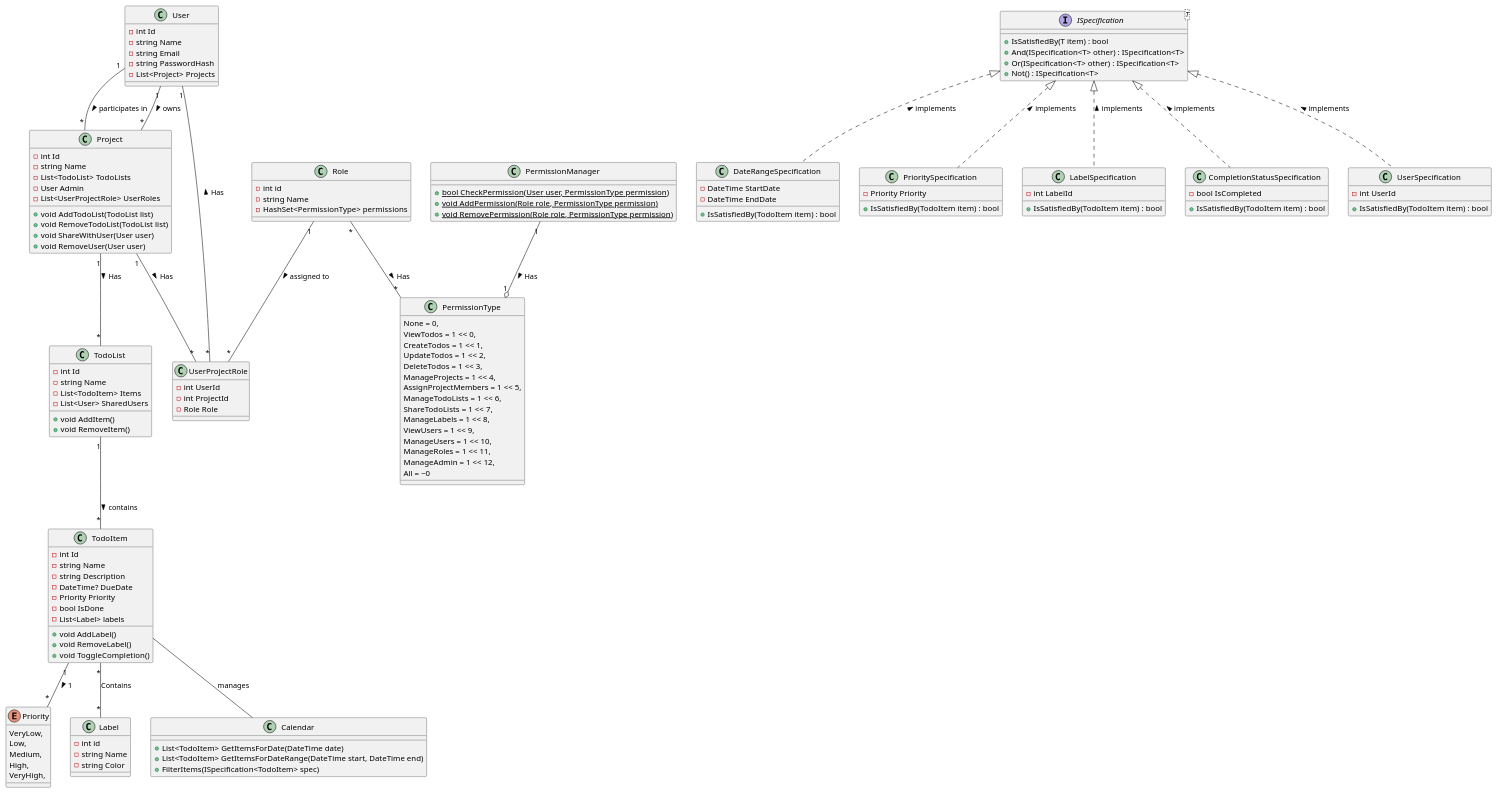
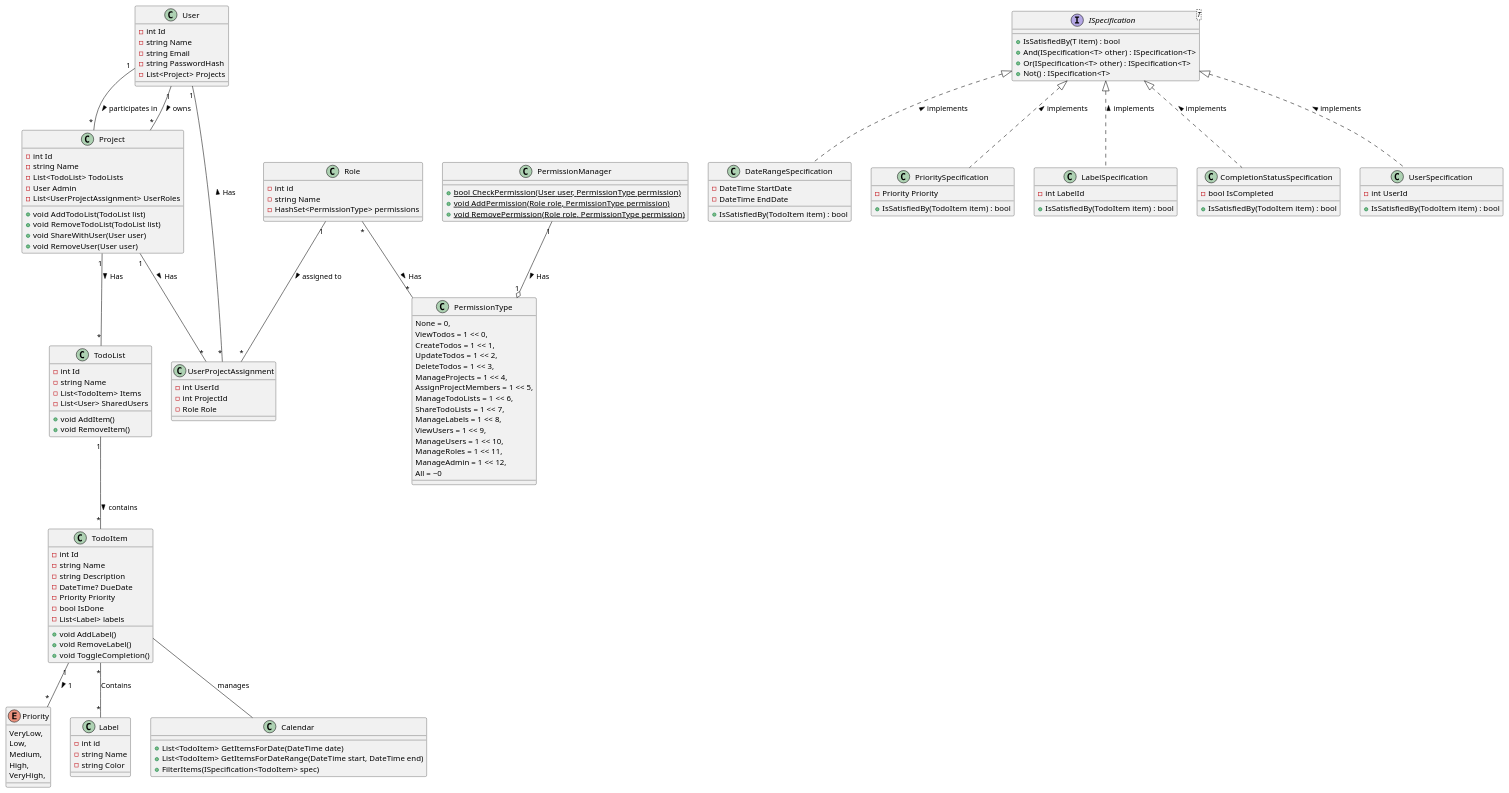
Before and after one commit to Zigalow/Todo-app_Csharp-Application: the diagram in Todo.Core/BusinessLogic.puml, drawn with PlantUML.

```diff
--- a/Todo.Core/BusinessLogic.puml
+++ b/Todo.Core/BusinessLogic.puml
@@ -1,163 +1,163 @@
 @startuml
 'https://plantuml.com/class-diagram
 
 
 class User {
     -int Id
     -string Name
     -string Email
     -string PasswordHash
     -List<Project> Projects
 }
 
 class TodoList {
     -int Id
     -string Name
     -List<TodoItem> Items
     -List<User> SharedUsers
     +void AddItem()
     +void RemoveItem()
 }
 
 class TodoItem {
     -int Id
     -string Name
     -string Description
     -DateTime? DueDate
     -Priority Priority
     -bool IsDone
     -List<Label> labels
     +void AddLabel()
     +void RemoveLabel()
     +void ToggleCompletion()
 }
 
 class Project {
     -int Id
     -string Name
     -List<TodoList> TodoLists
     -User Admin
-    -List<UserProjectRole> UserRoles
+    -List<UserProjectAssignment> UserRoles
     +void AddTodoList(TodoList list)
     +void RemoveTodoList(TodoList list)
     +void ShareWithUser(User user)
     +void RemoveUser(User user)
 }
 
 
 enum Priority {
     VeryLow,
     Low,
     Medium,
     High,
     VeryHigh,
 }
 
 class Label {
     -int id
     -string Name
     -string Color
 }
 
 
 class Role {
     -int id
     -string Name
     -HashSet<PermissionType> permissions
 }
 
 
-class UserProjectRole {
+class UserProjectAssignment {
     -int UserId
     -int ProjectId
     -Role Role
 }
 
 class Calendar {
     +List<TodoItem> GetItemsForDate(DateTime date)
     +List<TodoItem> GetItemsForDateRange(DateTime start, DateTime end)
     +FilterItems(ISpecification<TodoItem> spec)
 }
 
 
 User "1" -- "*" Project : participates in >
 User "1" -- "*" Project : owns >
-User "1" -- "*" UserProjectRole : Has <
+User "1" -- "*" UserProjectAssignment : Has <
 TodoItem "*" -- "*" Label : Contains
 TodoItem --  Calendar : manages
 TodoItem "1" -- "*" Priority : 1 >
 Role "*" -- "*" PermissionType : Has >
-Role "1" -- "*" UserProjectRole : assigned to >
-Project "1" -- "*" UserProjectRole : Has >
+Role "1" -- "*" UserProjectAssignment : assigned to >
+Project "1" -- "*" UserProjectAssignment : Has >
 
 
 TodoList "1" -- "*" TodoItem : contains >
 Project "1" -- "*" TodoList : Has >
 
 interface ISpecification<T> {
     +IsSatisfiedBy(T item) : bool
     +And(ISpecification<T> other) : ISpecification<T>
     +Or(ISpecification<T> other) : ISpecification<T>
     +Not() : ISpecification<T>
 }
 
 class DateRangeSpecification {
     -DateTime StartDate
     -DateTime EndDate
     +IsSatisfiedBy(TodoItem item) : bool 
 }
 
 class PrioritySpecification {
     -Priority Priority
     +IsSatisfiedBy(TodoItem item) : bool 
 }
 class LabelSpecification {
     -int LabelId
     +IsSatisfiedBy(TodoItem item) : bool 
 }
 class CompletionStatusSpecification {
     -bool IsCompleted
     +IsSatisfiedBy(TodoItem item) : bool 
 }
 
 class UserSpecification {
     -int UserId
     +IsSatisfiedBy(TodoItem item) : bool 
 }
 
 
 ISpecification <|.. DateRangeSpecification: implements < 
 ISpecification <|.. PrioritySpecification: implements <
 ISpecification <|.. LabelSpecification: implements <
 ISpecification <|.. CompletionStatusSpecification: implements <
 ISpecification <|.. UserSpecification: implements <
 
 
 class PermissionManager {
         {static} +bool CheckPermission(User user, PermissionType permission)
         {static} +void AddPermission(Role role, PermissionType permission)
         {static} +void RemovePermission(Role role, PermissionType permission)
 }
 
 class PermissionType {
 None = 0,
         ViewTodos = 1 << 0,
         CreateTodos = 1 << 1,
         UpdateTodos = 1 << 2,
         DeleteTodos = 1 << 3,
         ManageProjects = 1 << 4,
         AssignProjectMembers = 1 << 5,
         ManageTodoLists = 1 << 6,
         ShareTodoLists = 1 << 7,
         ManageLabels = 1 << 8,
         ViewUsers = 1 << 9,
         ManageUsers = 1 << 10,
         ManageRoles = 1 << 11,
         ManageAdmin = 1 << 12,
         All = ~0
 }
 
 PermissionManager "1" --o "1" PermissionType : Has >
 
 
 @enduml
```
